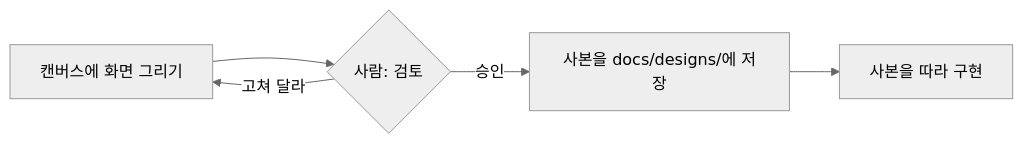
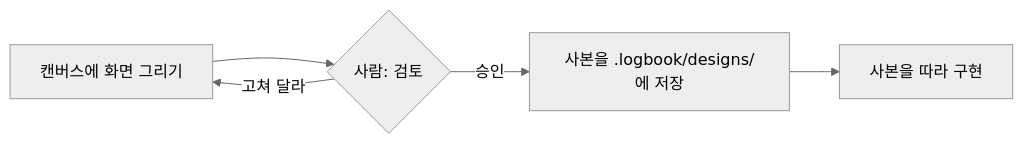
One commit to dincal/agent_logbook changed the fifth of 9 diagrams in docs/system/flows.md. Above: the diagram before and after it, drawn with Mermaid (neutral theme). The commit also changed other lines of this file and 22 other files, not shown here.

````diff
--- a/docs/system/flows.md
+++ b/docs/system/flows.md
@@ -136,7 +137,7 @@
 ```mermaid
 flowchart LR
   A["캔버스에 화면 그리기"] --> B{"사람: 검토"}
   B -->|"고쳐 달라"| A
-  B -->|"승인"| C["사본을 docs/designs/에 저장"]
+  B -->|"승인"| C["사본을 .logbook/designs/에 저장"]
   C --> D["사본을 따라 구현"]
 ```
````
